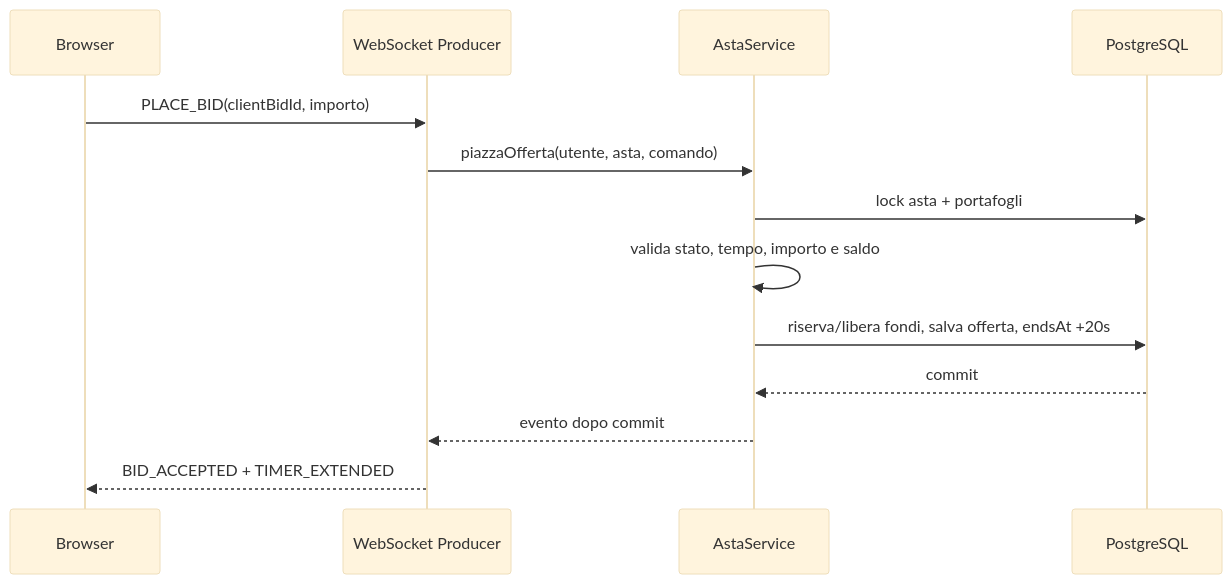
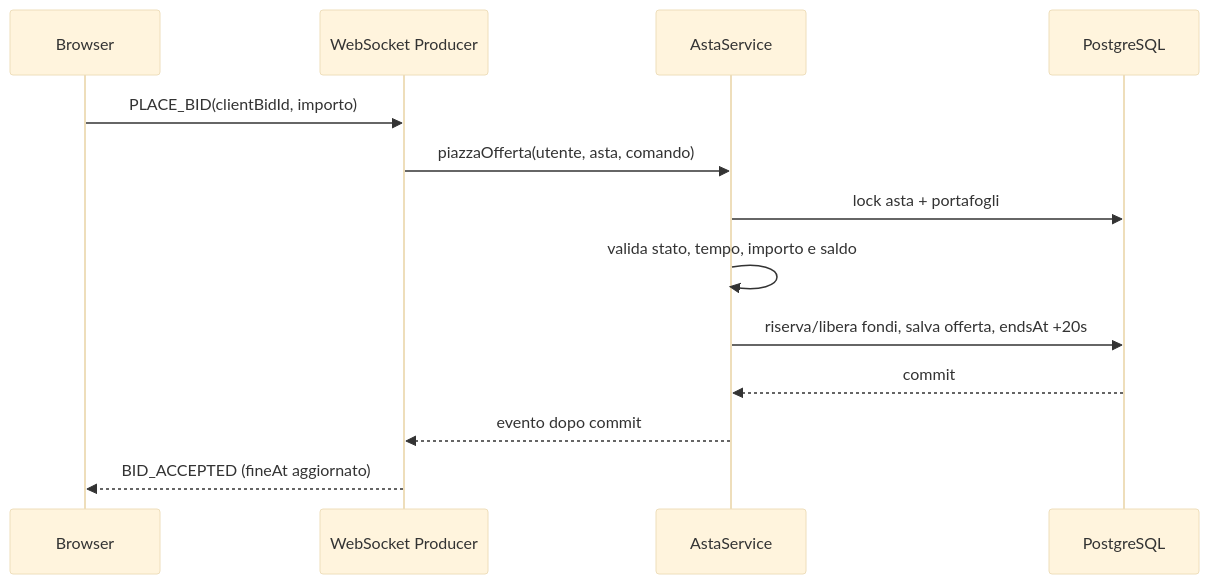
One commit to MatteoCharrierITS/JavaDev-LiveAuction changed the third of 3 diagrams in docs/02-architettura.md. Above: the diagram before and after it, drawn with Mermaid (base theme). The commit also changed other lines of this file and 16 other files, not shown here.

````diff
--- a/docs/02-architettura.md
+++ b/docs/02-architettura.md
@@ -92,15 +92,15 @@
 ```mermaid
 sequenceDiagram
     participant B as Browser
     participant W as WebSocket Producer
     participant S as AstaService
     participant DB as PostgreSQL
     B->>W: PLACE_BID(clientBidId, importo)
     W->>S: piazzaOfferta(utente, asta, comando)
     S->>DB: lock asta + portafogli
     S->>S: valida stato, tempo, importo e saldo
     S->>DB: riserva/libera fondi, salva offerta, endsAt +20s
     DB-->>S: commit
     S-->>W: evento dopo commit
-    W-->>B: BID_ACCEPTED + TIMER_EXTENDED
+    W-->>B: BID_ACCEPTED (fineAt aggiornato)
 ```
````
